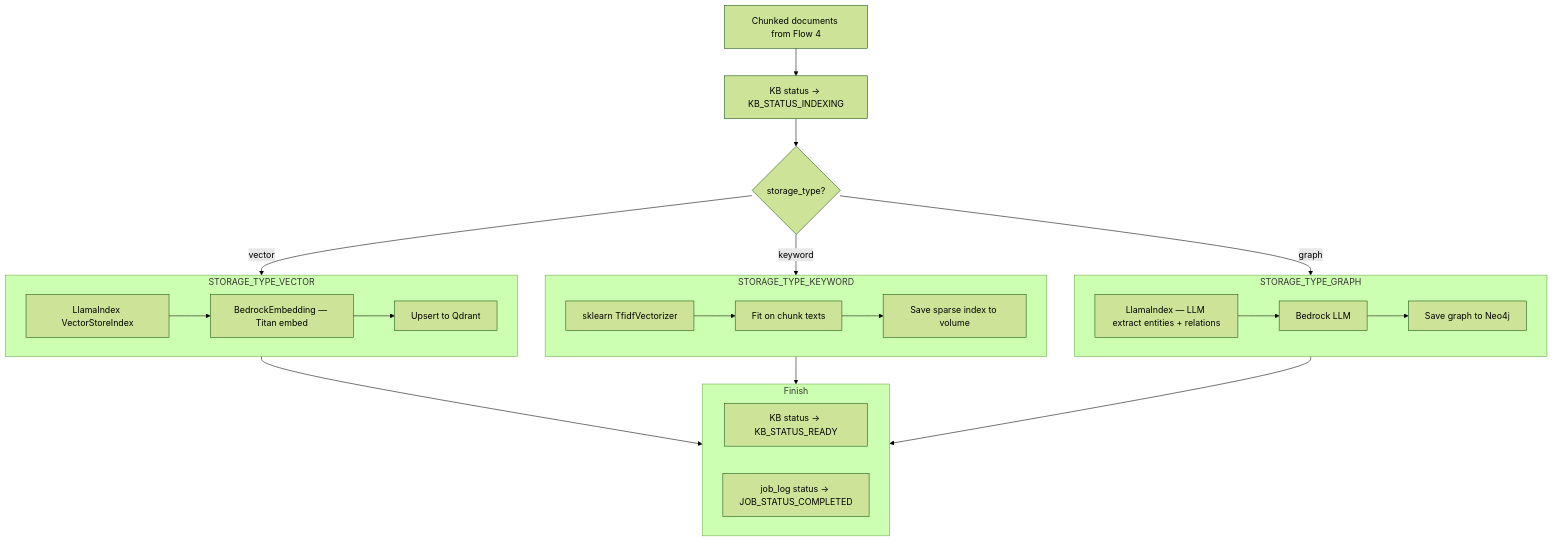
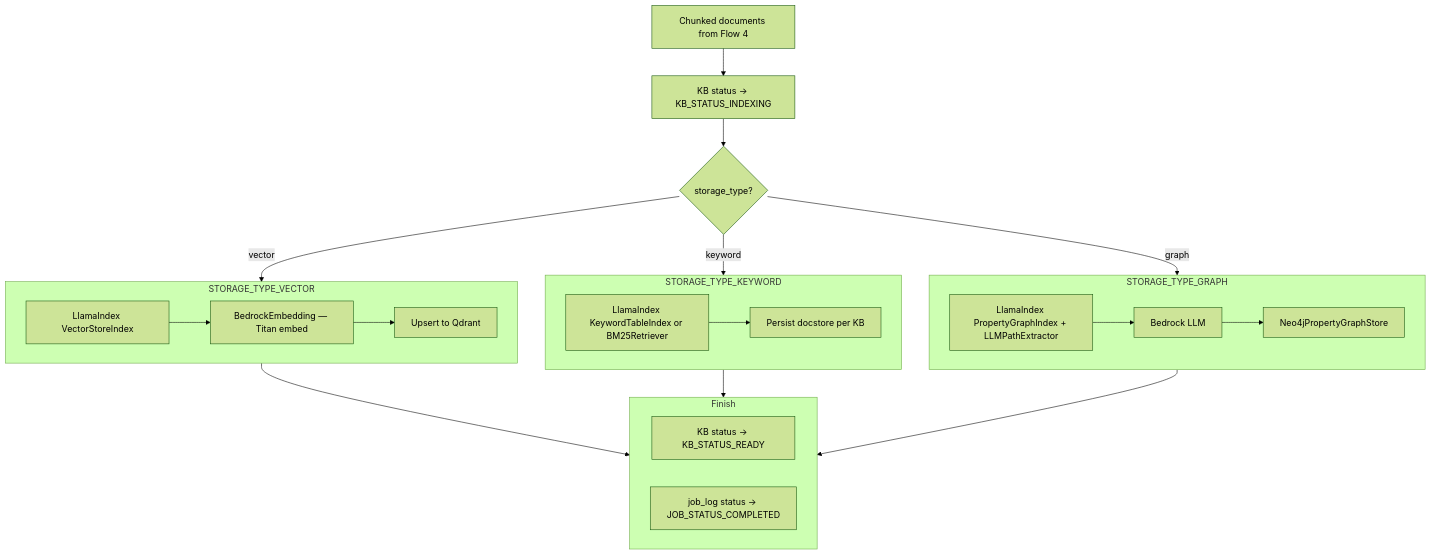
The sixth of 7 diagrams in backend/document/knowledgebase/01-create-knowledgebase-diagrams.md (shehan-jayasinghe/bot-builder), drawn with Mermaid (forest theme) before and after one commit. The commit also changed other lines of this file and 41 other files, not shown here.

First line of the commit message:
refactor: migrate RAG infrastructure from custom implementations to LlamaIndex

````diff
--- a/backend/document/knowledgebase/01-create-knowledgebase-diagrams.md
+++ b/backend/document/knowledgebase/01-create-knowledgebase-diagrams.md
@@ -545,41 +547,40 @@
 ```mermaid
 flowchart TB
     IN[Chunked documents from Flow 4]
 
     IN --> UPD0[KB status → KB_STATUS_INDEXING]
     UPD0 --> TYPE{storage_type?}
 
     TYPE -->|vector| VEC
     TYPE -->|keyword| KEY
     TYPE -->|graph| GRA
 
     subgraph VEC["STORAGE_TYPE_VECTOR"]
         V1[LlamaIndex VectorStoreIndex]
         V2[BedrockEmbedding — Titan embed]
         V3[Upsert to Qdrant]
         V1 --> V2 --> V3
     end
 
     subgraph KEY["STORAGE_TYPE_KEYWORD"]
-        K1[sklearn TfidfVectorizer]
-        K2[Fit on chunk texts]
-        K3[Save sparse index to volume]
-        K1 --> K2 --> K3
+        K1[LlamaIndex KeywordTableIndex or BM25Retriever]
+        K2[Persist docstore per KB]
+        K1 --> K2
     end
 
     subgraph GRA["STORAGE_TYPE_GRAPH"]
-        G1[LlamaIndex — LLM extract entities + relations]
+        G1[LlamaIndex PropertyGraphIndex + LLMPathExtractor]
         G2[Bedrock LLM]
-        G3[Save graph to Neo4j]
+        G3[Neo4jPropertyGraphStore]
         G1 --> G2 --> G3
     end
 
     VEC --> DONE
     KEY --> DONE
     GRA --> DONE
 
     subgraph DONE["Finish"]
         D1[KB status → KB_STATUS_READY]
         D2[job_log status → JOB_STATUS_COMPLETED]
     end
 ```
````
